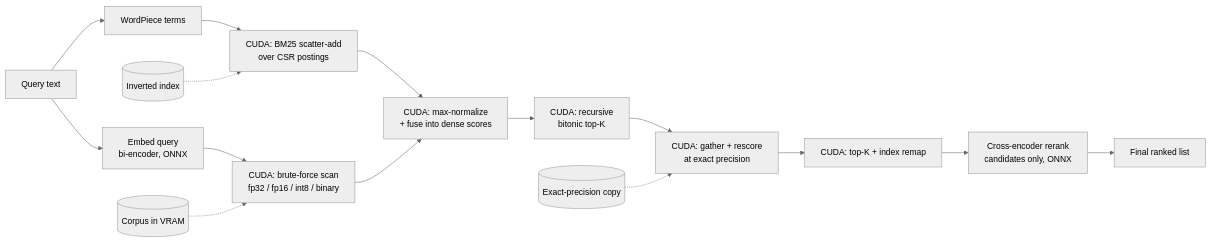
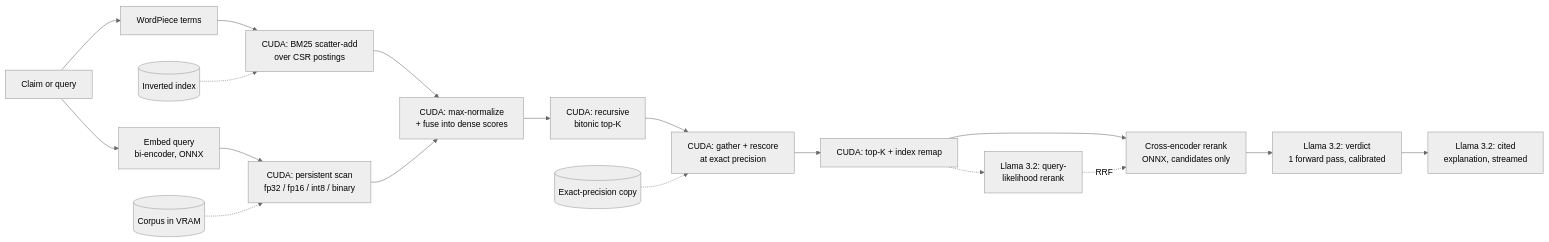
One commit to Morningstaaar36/Zero-Copy-GPU-Vector-Search-Re-Ranking-Engine changed the diagram in README.md. Above: the diagram before and after it, drawn with Mermaid (neutral theme). The commit also changed other lines of this file, not shown here.

Commit message:
Rewrite README around Llama fact-checking and measured results

````diff
--- a/README.md
+++ b/README.md
@@ -29,17 +123,20 @@
 ```mermaid
 flowchart LR
-    Q[Query text] --> E[Embed query<br/>bi-encoder, ONNX]
+    Q[Claim or query] --> E[Embed query<br/>bi-encoder, ONNX]
     Q --> TK[WordPiece terms]
-    E --> S[CUDA: brute-force scan<br/>fp32 / fp16 / int8 / binary]
+    E --> S[CUDA: persistent scan<br/>fp32 / fp16 / int8 / binary]
     TK --> BM[CUDA: BM25 scatter-add<br/>over CSR postings]
     BM --> F[CUDA: max-normalize<br/>+ fuse into dense scores]
     S --> F
     F --> T[CUDA: recursive<br/>bitonic top-K]
     T --> RS[CUDA: gather + rescore<br/>at exact precision]
     RS --> T2[CUDA: top-K + index remap]
-    T2 --> R[Cross-encoder rerank<br/>candidates only, ONNX]
-    R --> O[Final ranked list]
+    T2 --> R[Cross-encoder rerank<br/>ONNX, candidates only]
+    R --> LV[Llama 3.2: verdict<br/>1 forward pass, calibrated]
+    LV --> LX[Llama 3.2: cited<br/>explanation, streamed]
+    T2 -.-> LR[Llama 3.2: query-<br/>likelihood rerank]
+    LR -. RRF .-> R
     D[(Corpus in VRAM)] -.-> S
     X[(Exact-precision copy)] -.-> RS
     L[(Inverted index)] -.-> BM
 ```
````
